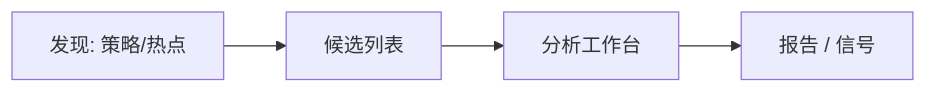
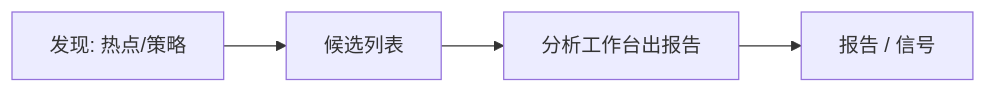
One commit to SiinXu/stock-pulse-ai changed the diagram in docs/ui-manual/12-discover.md. Above: the diagram before and after it, drawn with Mermaid. The commit also changed other lines of this file and 22 other files, not shown here.

````diff
--- a/docs/ui-manual/12-discover.md
+++ b/docs/ui-manual/12-discover.md
@@ -40,6 +39,6 @@
 ```mermaid
 flowchart LR
-  D[发现: 策略/热点] --> C[候选列表]
-  C --> A[分析工作台]
+  D[发现: 热点/策略] --> C[候选列表]
+  C --> A[分析工作台出报告]
   A --> R[报告 / 信号]
 ```
````
